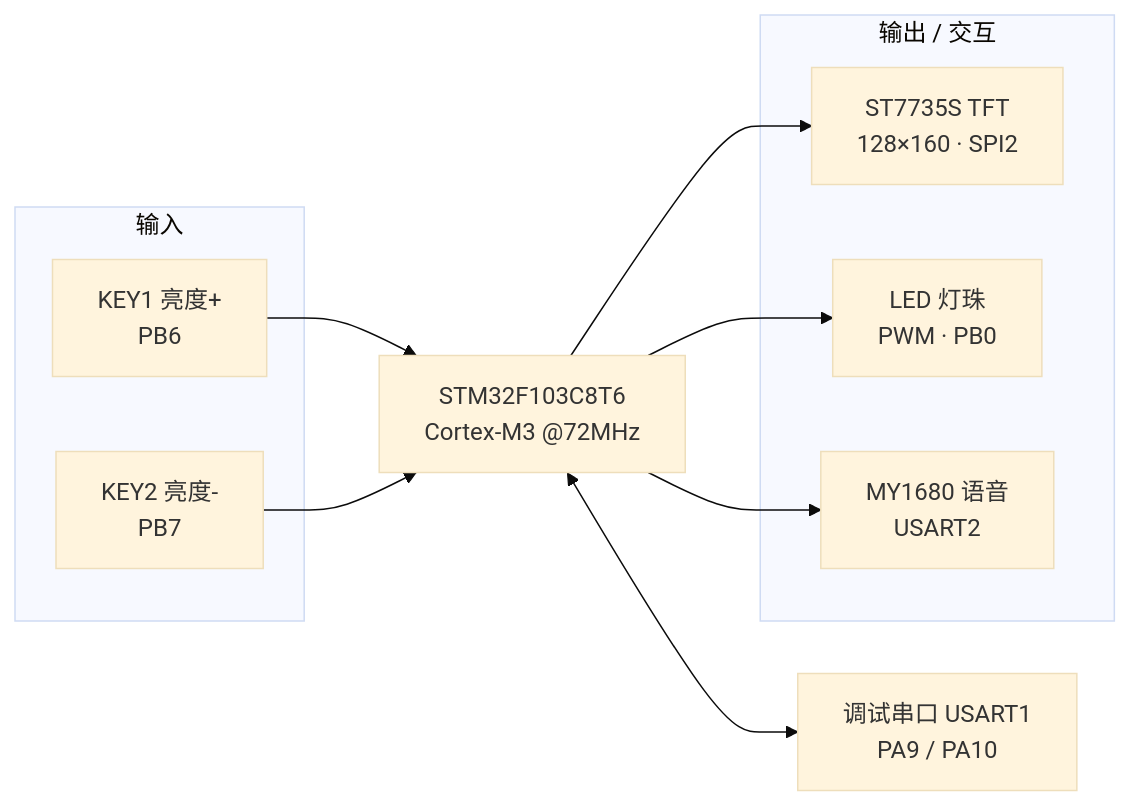
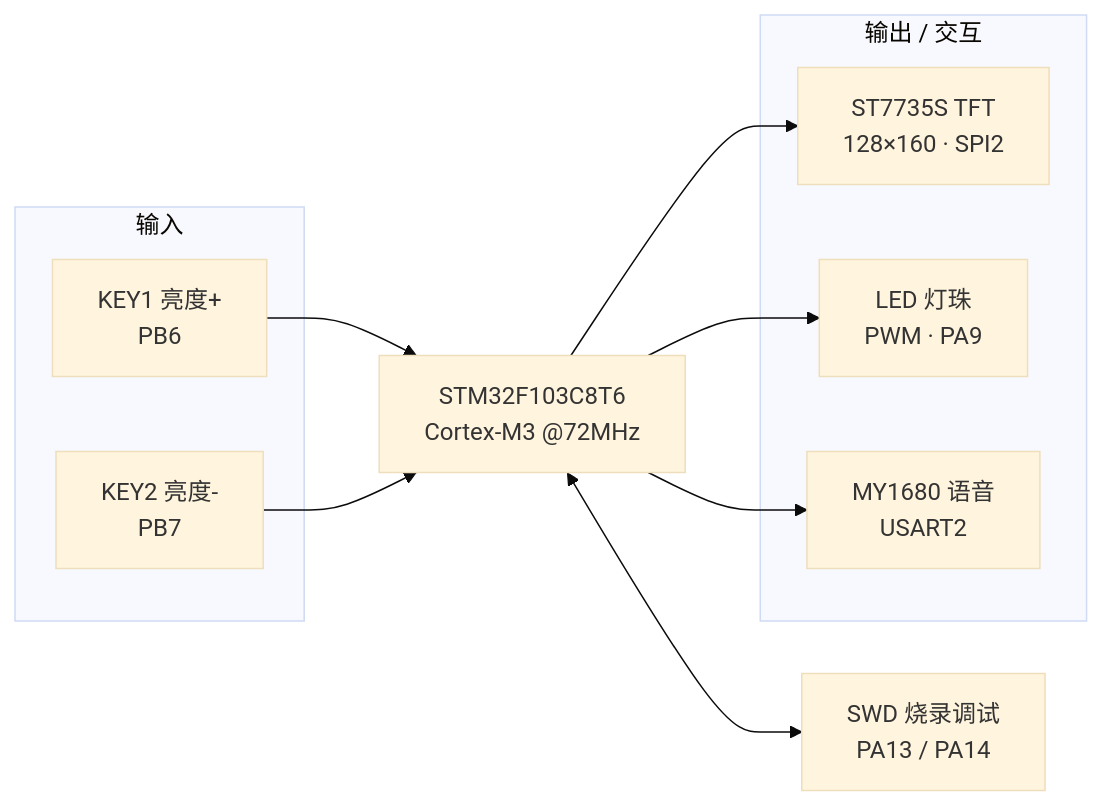
One commit to musuixin01/stm32-smart-eye-care-lamp changed the first of 2 diagrams in README.md. Above: the diagram before and after it, drawn with Mermaid (base theme). The commit also changed other lines of this file and 1 other file, not shown here.

Commit message:
docs: show the custom board schematic as the hero image

````diff
--- a/README.md
+++ b/README.md
@@ -36,20 +36,20 @@
 ```mermaid
 flowchart LR
     subgraph IN[输入]
         K1["KEY1 亮度+<br/>PB6"]
         K2["KEY2 亮度-<br/>PB7"]
     end
     MCU["STM32F103C8T6<br/>Cortex-M3 @72MHz"]
     subgraph OUT[输出 / 交互]
         TFT["ST7735S TFT<br/>128×160 · SPI2"]
-        LED["LED 灯珠<br/>PWM · PB0"]
+        LED["LED 灯珠<br/>PWM · PA9"]
         VOICE["MY1680 语音<br/>USART2"]
     end
-    DBG["调试串口 USART1<br/>PA9 / PA10"]
+    DBG["SWD 烧录调试<br/>PA13 / PA14"]
     K1 --> MCU
     K2 --> MCU
     MCU --> TFT
     MCU --> LED
     MCU --> VOICE
     MCU <--> DBG
 ```
````
